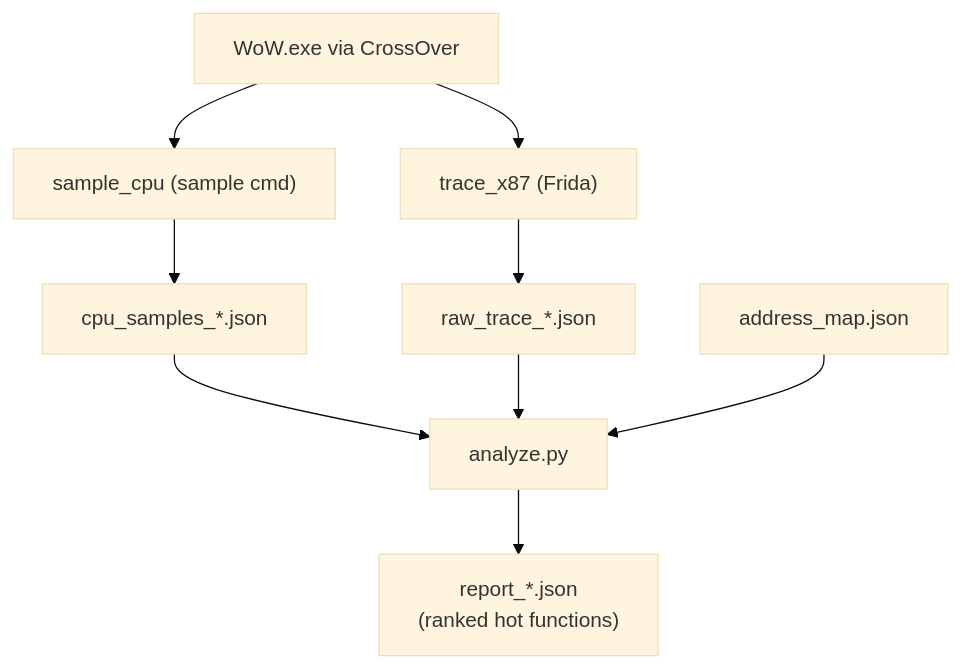
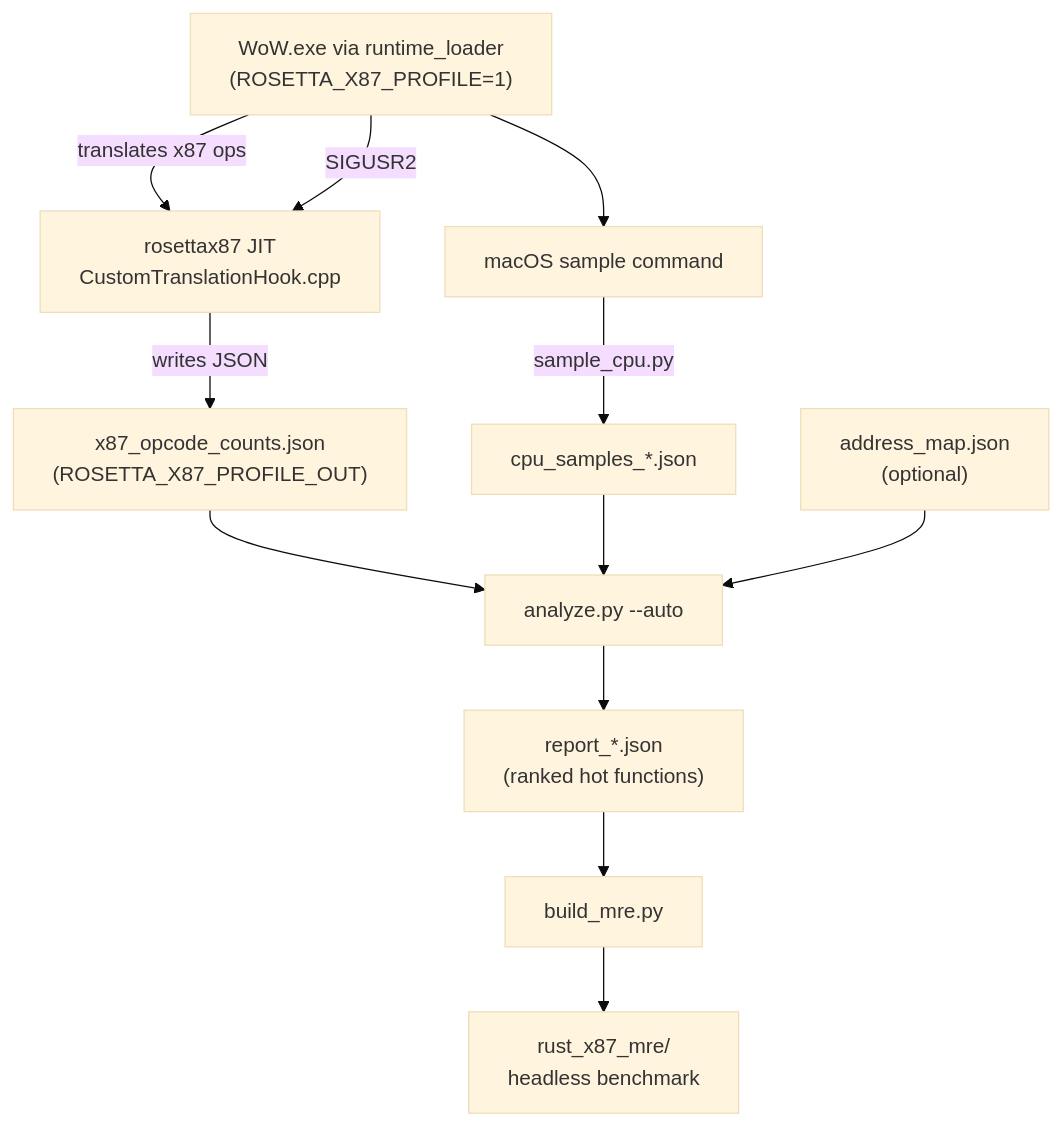
The diagram in docs/profiling-guide.md (espetro/wowplay), drawn with Mermaid (base theme) before and after one commit. The commit also changed other lines of this file and 24 other files, not shown here.

First line of the commit message:
feat(profiler): replace Frida with in-JIT x87 opcode counters

````diff
--- a/docs/profiling-guide.md
+++ b/docs/profiling-guide.md
@@ -178,12 +185,19 @@
 ```mermaid
 flowchart TD
-    wow["WoW.exe via CrossOver"] --> trace_x87["trace_x87 (Frida)"]
-    wow --> sample_cpu["sample_cpu (sample cmd)"]
-    trace_x87 --> raw_trace["raw_trace_*.json"]
-    sample_cpu --> cpu_samples["cpu_samples_*.json"]
-    address_map["address_map.json"]
-    cpu_samples --> analyze["analyze.py"]
-    raw_trace --> analyze
-    address_map --> analyze
-    analyze --> report["report_*.json<br/>(ranked hot functions)"]
+    wow["WoW.exe via runtime_loader\n(ROSETTA_X87_PROFILE=1)"]
+    jit["rosettax87 JIT\nCustomTranslationHook.cpp"]
+    sample_cmd["macOS sample command"]
+
+    wow -->|translates x87 ops| jit
+    wow -->|SIGUSR2| jit
+    jit -->|writes JSON| counts["x87_opcode_counts.json\n(ROSETTA_X87_PROFILE_OUT)"]
+    wow --> sample_cmd
+    sample_cmd -->|sample_cpu.py| cpu["cpu_samples_*.json"]
+
+    counts --> analyze["analyze.py --auto"]
+    cpu --> analyze
+    address_map["address_map.json\n(optional)"] --> analyze
+    analyze --> report["report_*.json\n(ranked hot functions)"]
+    report --> build_mre["build_mre.py"]
+    build_mre --> mre["rust_x87_mre/\nheadless benchmark"]
 ```
````
